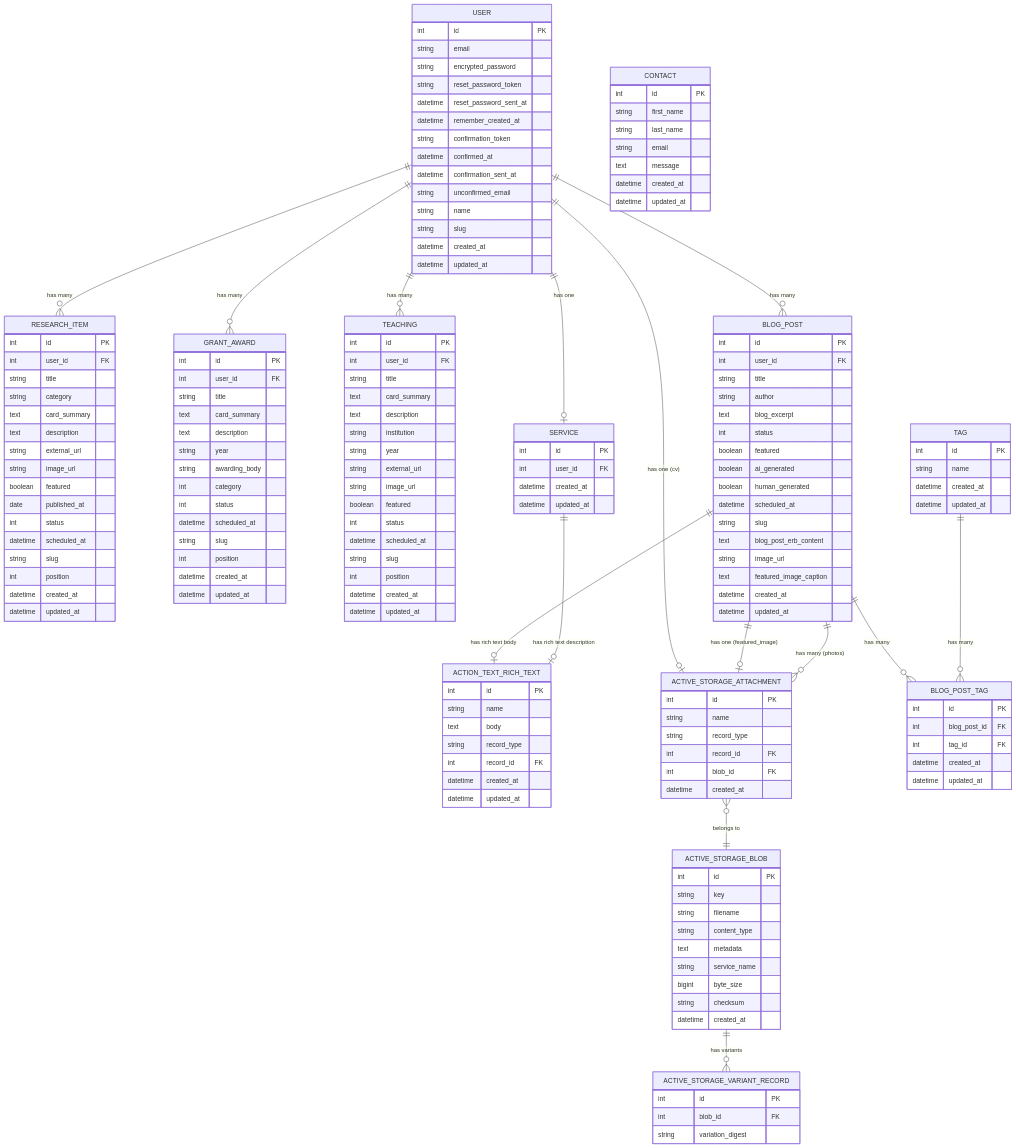
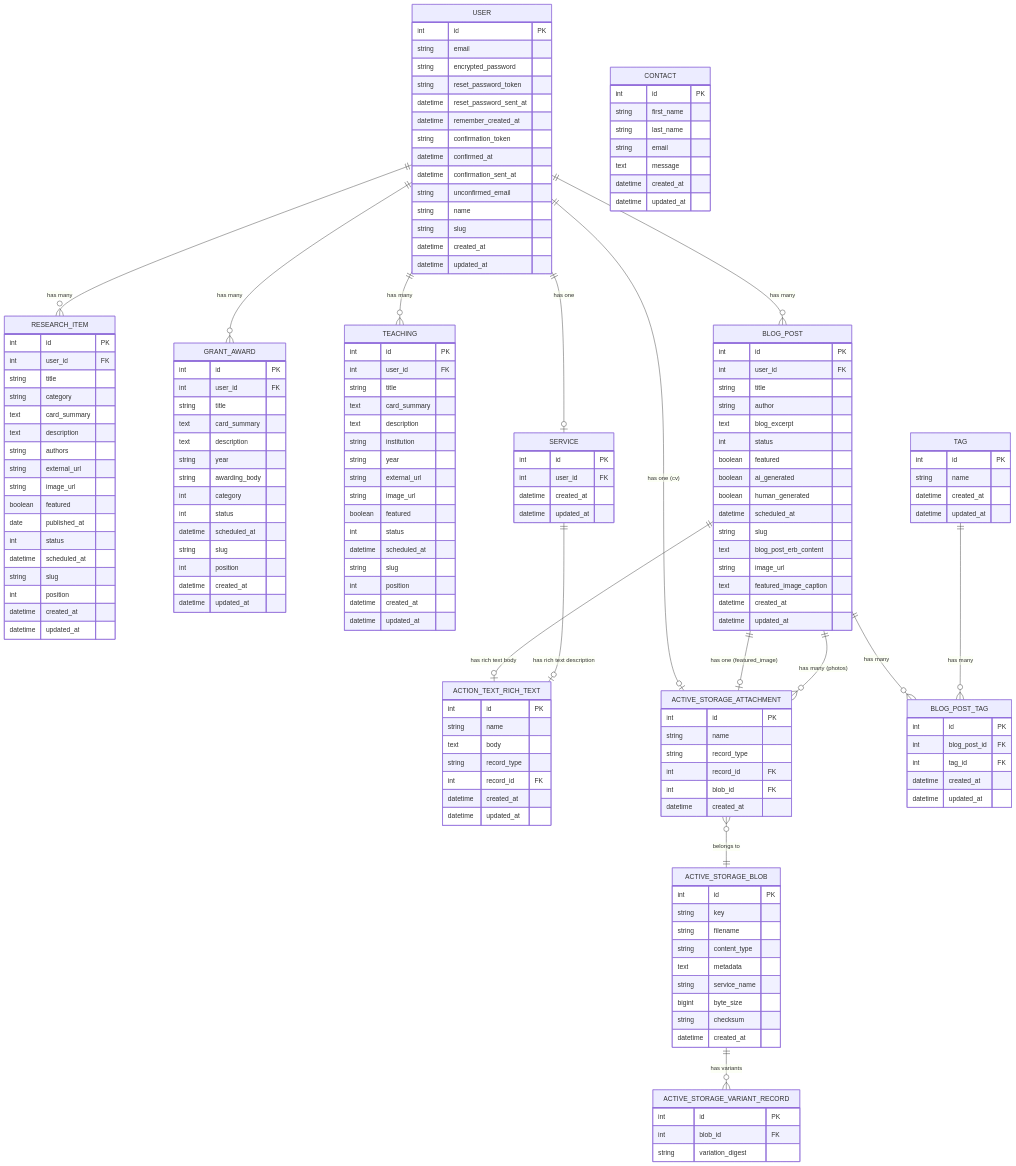
The diagram in docs/ERD.md (louiskb/isarak-portfolio), drawn with Mermaid before and after one commit. The commit also changed other lines of this file and 1 other file, not shown here.

Commit message:
docs: sync after adding authors field to research items

```diff
--- a/docs/ERD.md
+++ b/docs/ERD.md
@@ -26,6 +26,7 @@
         string category
         text card_summary
         text description
+        string authors
         string external_url
         string image_url
         boolean featured
```
